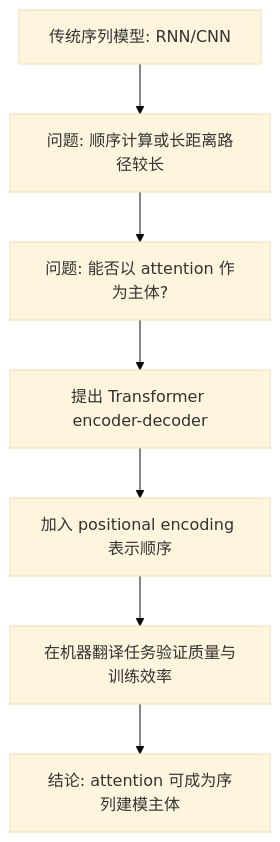
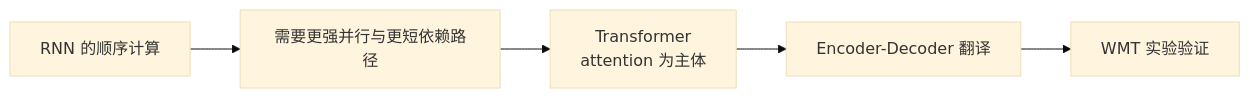
Before and after one commit to Faione/notebook: the first of 2 diagrams in papers/attention_is_all_you_need/attention_is_all_you_need.md, drawn with Mermaid (base theme). The commit also changed other lines of this file and 19 other files, not shown here.

````diff
--- a/papers/attention_is_all_you_need/attention_is_all_you_need.md
+++ b/papers/attention_is_all_you_need/attention_is_all_you_need.md
@@ -27,9 +19,7 @@
 ```mermaid
-flowchart TD
-    A["传统序列模型: RNN/CNN"] --> B["问题: 顺序计算或长距离路径较长"]
-    B --> C["问题: 能否以 attention 作为主体?"]
-    C --> D["提出 Transformer encoder-decoder"]
-    D --> E["加入 positional encoding 表示顺序"]
-    E --> F["在机器翻译任务验证质量与训练效率"]
-    F --> G["结论: attention 可成为序列建模主体"]
+flowchart LR
+    A["RNN 的顺序计算"] --> B["需要更强并行与更短依赖路径"]
+    B --> C["Transformer\nattention 为主体"]
+    C --> D["Encoder-Decoder 翻译"]
+    D --> E["WMT 实验验证"]
 ```
````
